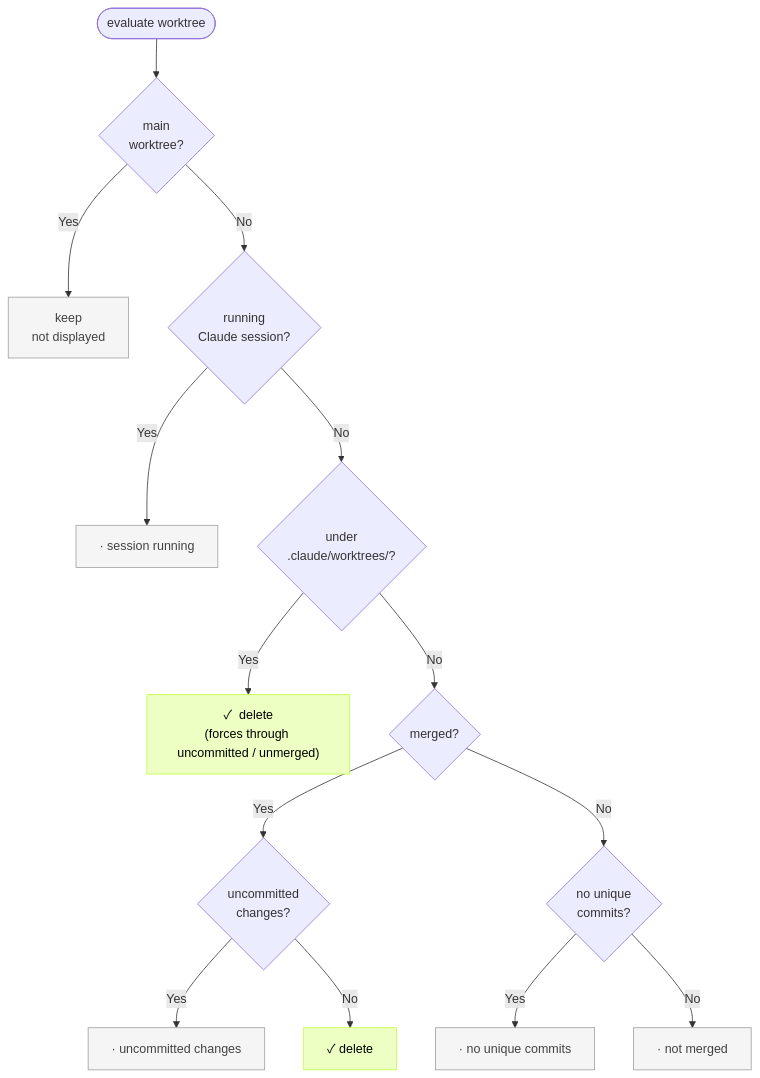
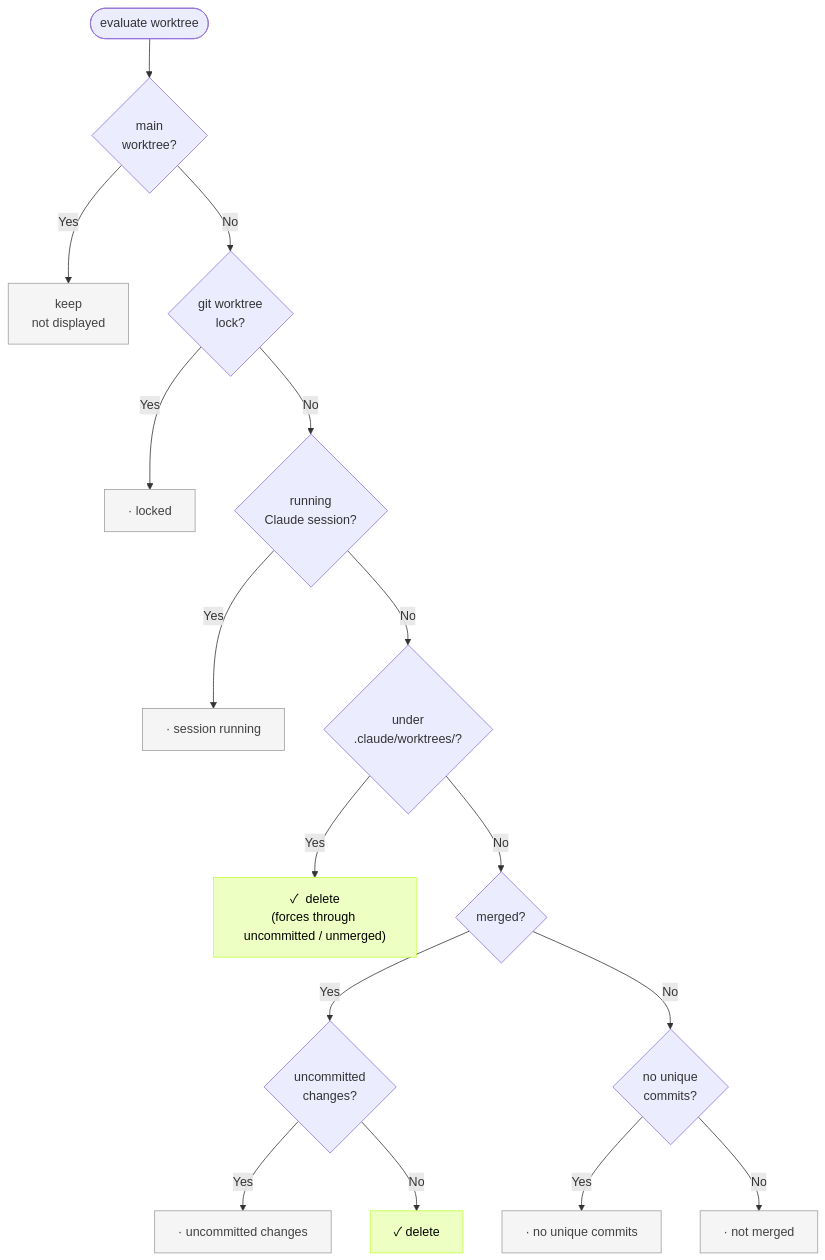
Before and after one commit to nozomiishii/git-harvest: the first of 2 diagrams in README.md, drawn with Mermaid. The commit also changed other lines of this file and 4 other files, not shown here.

Commit message:
fix: handle git worktree lock (protect by default, force-remove with --all) (#157)

````diff
--- a/README.md
+++ b/README.md
@@ -137,20 +137,22 @@
 ```mermaid
 flowchart TD
     Start([evaluate worktree]) --> Main{main<br/>worktree?}
     Main -->|Yes| KeepMain[keep<br/>not displayed]
-    Main -->|No| Running{running<br/>Claude session?}
+    Main -->|No| Locked{git worktree<br/>lock?}
+    Locked -->|Yes| KeepLocked["·  locked"]
+    Locked -->|No| Running{running<br/>Claude session?}
     Running -->|Yes| KeepRunning["·  session running"]
     Running -->|No| ManagedPath{under<br/>.claude/worktrees/?}
     ManagedPath -->|Yes| DeleteManaged["✓  delete<br/>(forces through uncommitted / unmerged)"]
     ManagedPath -->|No| Merged{merged?}
     Merged -->|Yes| Uncommitted{uncommitted<br/>changes?}
     Uncommitted -->|Yes| KeepUncommitted["·  uncommitted changes"]
     Uncommitted -->|No| DeleteMerged["✓  delete"]
     Merged -->|No| NoUnique{no unique<br/>commits?}
     NoUnique -->|Yes| KeepNoUnique["·  no unique commits"]
     NoUnique -->|No| KeepNotMerged["·  not merged"]
     classDef keep fill:#f5f5f5,stroke:#9e9e9e,color:#424242
     classDef delete fill:#eeffc4,stroke:#C0FF39,color:#000
-    class KeepMain,KeepRunning,KeepUncommitted,KeepNoUnique,KeepNotMerged keep
+    class KeepMain,KeepLocked,KeepRunning,KeepUncommitted,KeepNoUnique,KeepNotMerged keep
     class DeleteManaged,DeleteMerged delete
 ```
````
